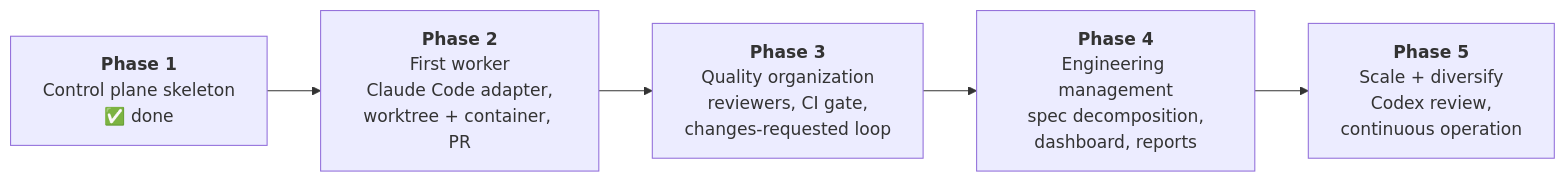
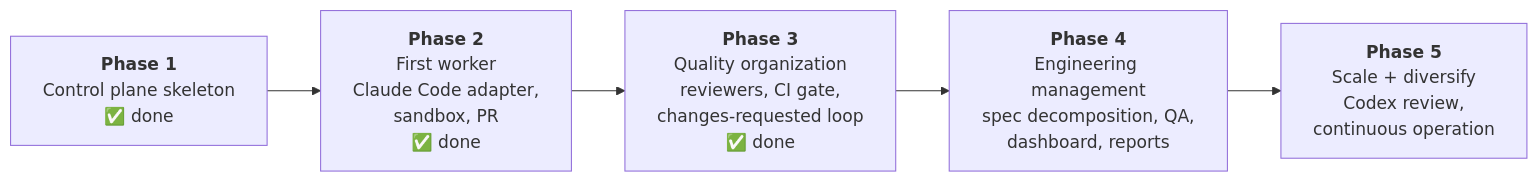
The fourth of 5 diagrams in docs/guide/01-big-picture.md (bharathcmbox/axiom), drawn with Mermaid before and after one commit. The commit also changed other lines of this file and 18 other files, not shown here.

````diff
--- a/docs/guide/01-big-picture.md
+++ b/docs/guide/01-big-picture.md
@@ -78,9 +78,9 @@
 ```mermaid
 flowchart LR
     p1["<b>Phase 1</b><br/>Control plane skeleton<br/>✅ done"]
-    p2["<b>Phase 2</b><br/>First worker<br/>Claude Code adapter,<br/>worktree + container, PR"]
-    p3["<b>Phase 3</b><br/>Quality organization<br/>reviewers, CI gate,<br/>changes-requested loop"]
-    p4["<b>Phase 4</b><br/>Engineering management<br/>spec decomposition,<br/>dashboard, reports"]
+    p2["<b>Phase 2</b><br/>First worker<br/>Claude Code adapter,<br/>sandbox, PR<br/>✅ done"]
+    p3["<b>Phase 3</b><br/>Quality organization<br/>reviewers, CI gate,<br/>changes-requested loop<br/>✅ done"]
+    p4["<b>Phase 4</b><br/>Engineering management<br/>spec decomposition, QA,<br/>dashboard, reports"]
     p5["<b>Phase 5</b><br/>Scale + diversify<br/>Codex review,<br/>continuous operation"]
     p1 --> p2 --> p3 --> p4 --> p5
 ```
````
